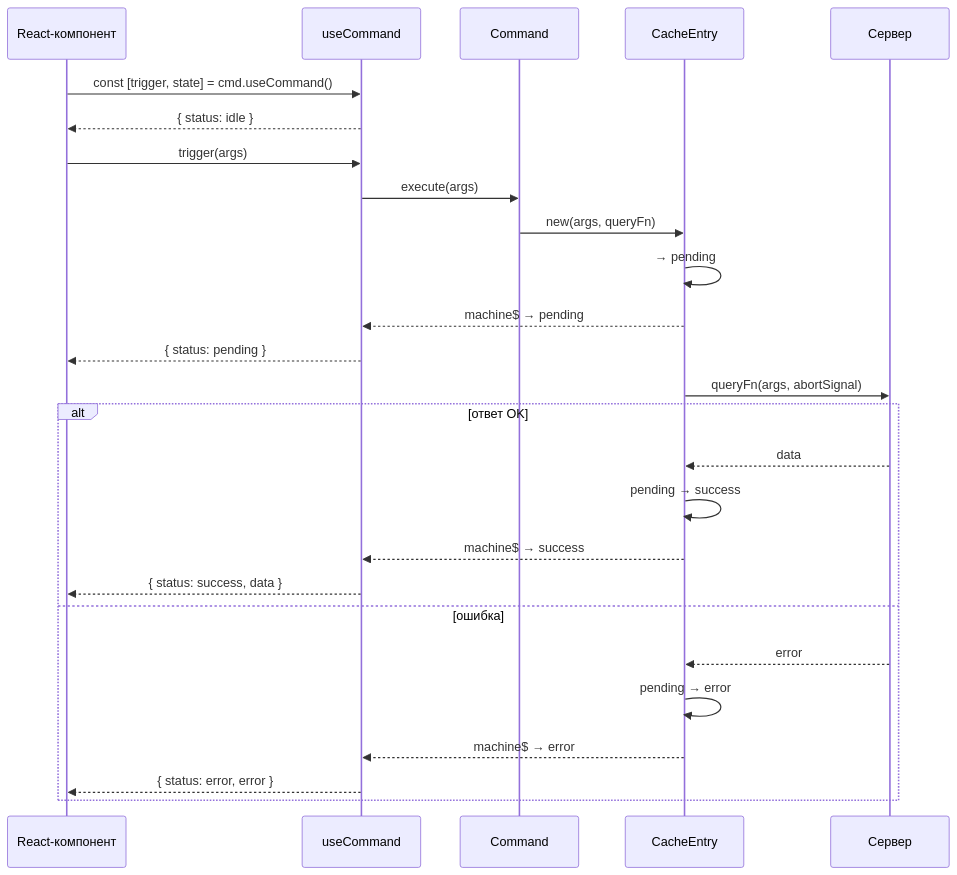
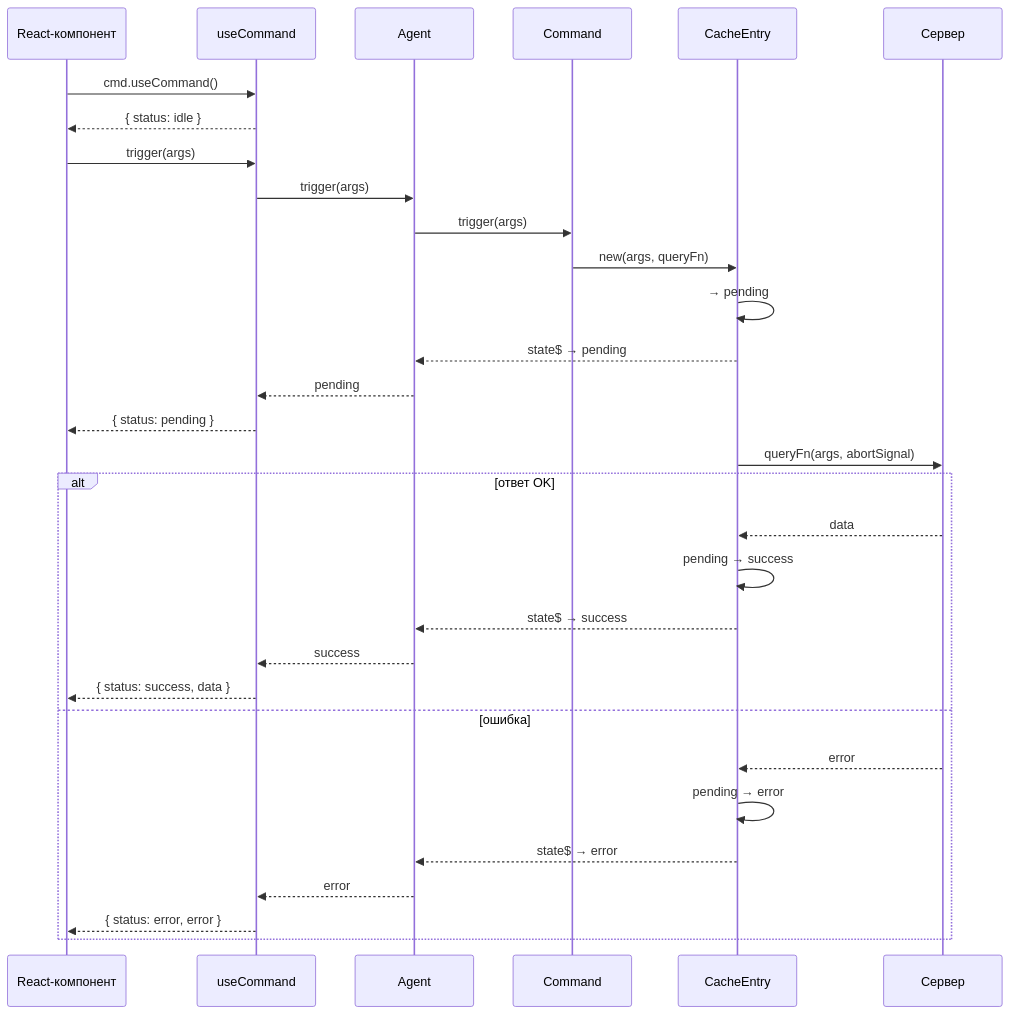
The seventh of 11 diagrams in docs/query/concepts/dataflows.md (fozy-labs/rx-toolkit), drawn with Mermaid before and after one commit. The commit also changed other lines of this file and 10 other files, not shown here.

````diff
--- a/docs/query/concepts/dataflows.md
+++ b/docs/query/concepts/dataflows.md
@@ -195,32 +258,37 @@
 ```mermaid
 sequenceDiagram
     participant UI as React-компонент
     participant Hook as useCommand
+    participant Agent as Agent
     participant Cmd as Command
     participant Entry as CacheEntry
     participant Server as Сервер
 
-    UI->>Hook: const [trigger, state] = cmd.useCommand()
+    UI->>Hook: cmd.useCommand()
     Hook-->>UI: { status: idle }
 
     UI->>Hook: trigger(args)
-    Hook->>Cmd: execute(args)
+    Hook->>Agent: trigger(args)
+    Agent->>Cmd: trigger(args)
     Cmd->>Entry: new(args, queryFn)
     Entry->>Entry: → pending
-    Entry-->>Hook: machine$ → pending
+    Entry-->>Agent: state$ → pending
+    Agent-->>Hook: pending
     Hook-->>UI: { status: pending }
 
     Entry->>Server: queryFn(args, abortSignal)
 
     alt ответ OK
         Server-->>Entry: data
         Entry->>Entry: pending → success
-        Entry-->>Hook: machine$ → success
+        Entry-->>Agent: state$ → success
+        Agent-->>Hook: success
         Hook-->>UI: { status: success, data }
     else ошибка
         Server-->>Entry: error
         Entry->>Entry: pending → error
-        Entry-->>Hook: machine$ → error
+        Entry-->>Agent: state$ → error
+        Agent-->>Hook: error
         Hook-->>UI: { status: error, error }
     end
 ```
````
